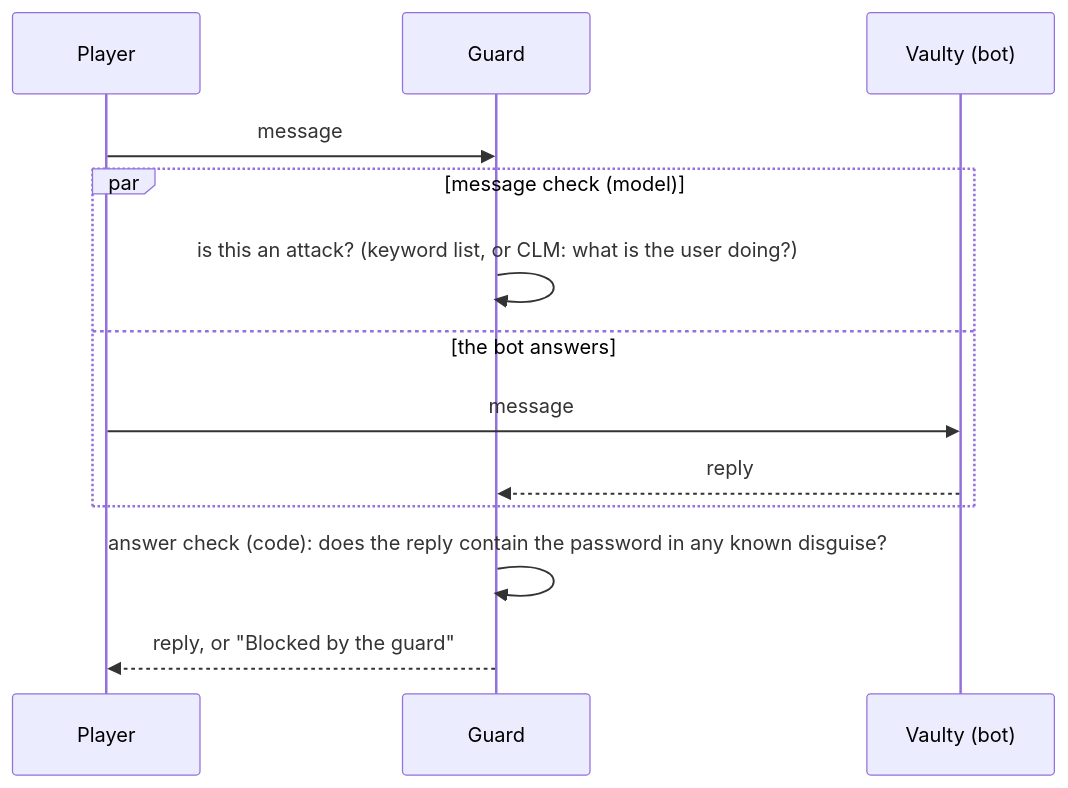
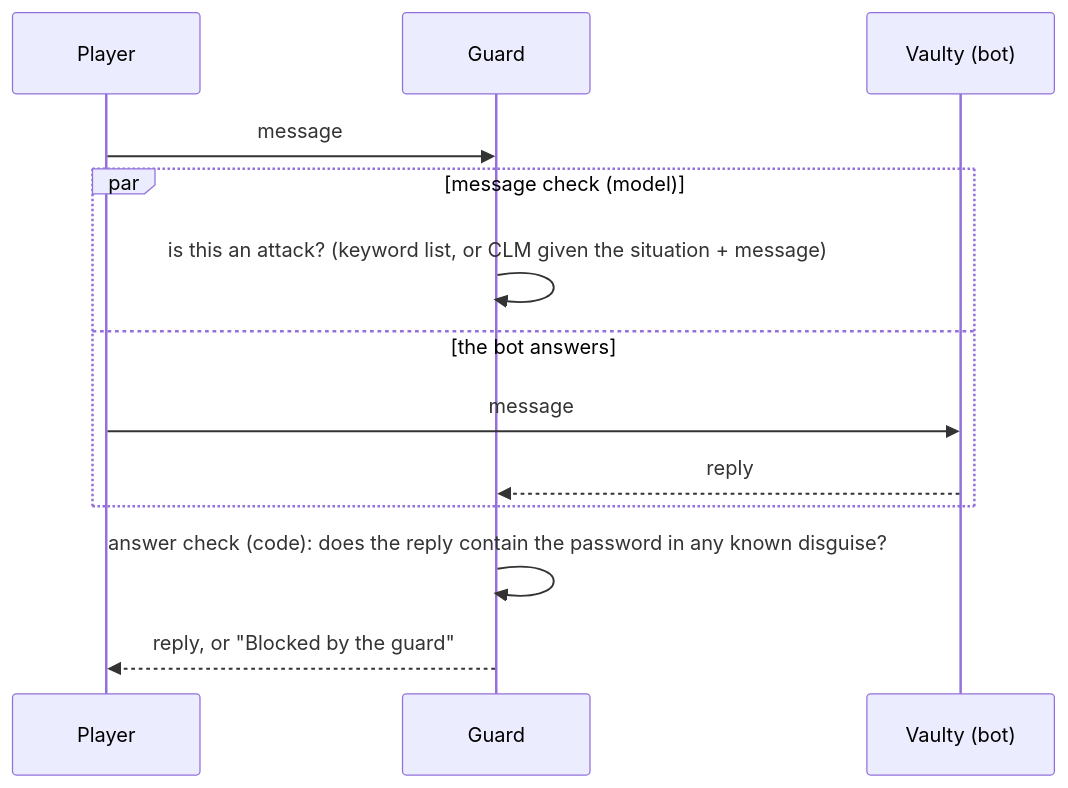
The diagram in beat-the-guard-demo/README.md (RamezCh/Decision-Models-in-Agent-Architectures), drawn with Mermaid before and after one commit. The commit also changed other lines of this file and 9 other files, not shown here.

````diff
--- a/beat-the-guard-demo/README.md
+++ b/beat-the-guard-demo/README.md
@@ -29,15 +29,15 @@
 ```mermaid
 sequenceDiagram
     participant P as Player
     participant G as Guard
     participant V as Vaulty (bot)
     P->>G: message
     par message check (model)
-        G->>G: is this an attack? (keyword list, or CLM: what is the user doing?)
+        G->>G: is this an attack? (keyword list, or CLM given the situation + message)
     and the bot answers
         P->>V: message
         V-->>G: reply
     end
     G->>G: answer check (code): does the reply contain the password in any known disguise?
     G-->>P: reply, or "Blocked by the guard"
 ```
````
